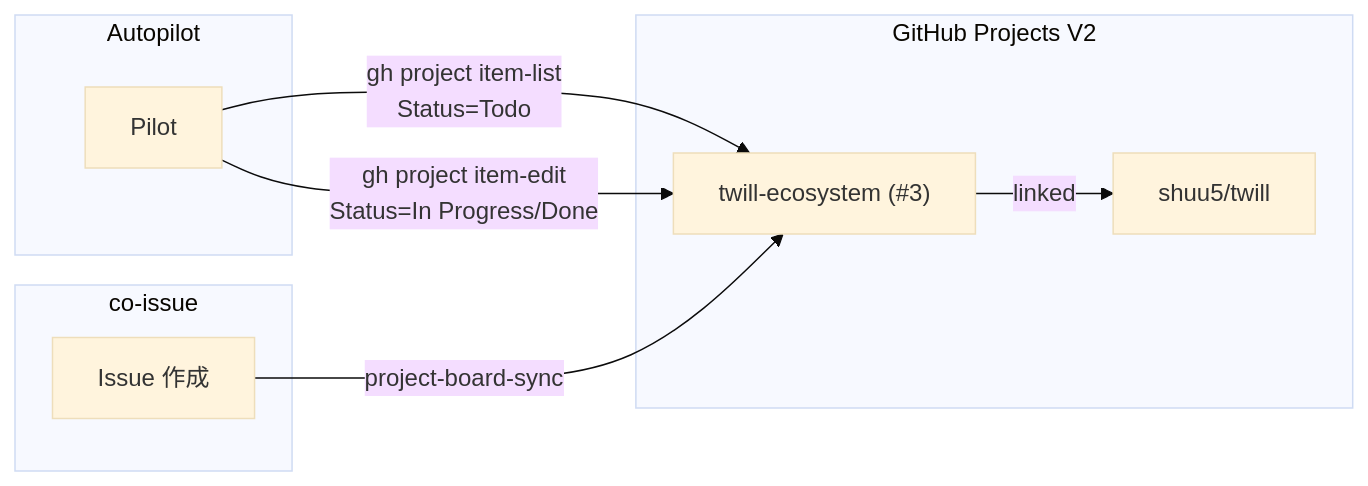
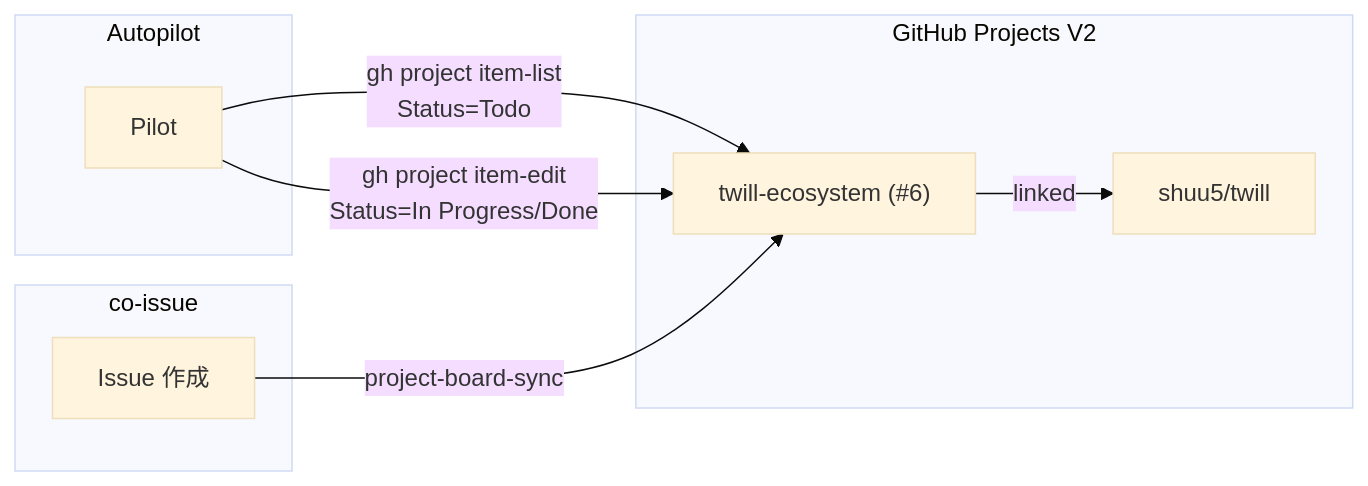
One commit to shuu5/twill changed the sixth of 6 diagrams in plugins/twl/architecture/domain/model.md. Above: the diagram before and after it, drawn with Mermaid (base theme). The commit also changed 5 other files, not shown here.

First line of the commit message:
docs(architecture): Project Board番号修正(#3→#6) + Bug再現シナリオ概念追加

````diff
--- a/plugins/twl/architecture/domain/model.md
+++ b/plugins/twl/architecture/domain/model.md
@@ -371,18 +371,18 @@
 ```mermaid
 flowchart LR
     subgraph "GitHub Projects V2"
-        PB["twill-ecosystem (#3)"]
+        PB["twill-ecosystem (#6)"]
         PB -->|"linked"| R1["shuu5/twill"]
     end
 
     subgraph "Autopilot"
         PI["Pilot"]
         PI -->|"gh project item-list<br/>Status=Todo"| PB
         PI -->|"gh project item-edit<br/>Status=In Progress/Done"| PB
     end
 
     subgraph "co-issue"
         IS["Issue 作成"]
         IS -->|"project-board-sync"| PB
     end
 ```
````
